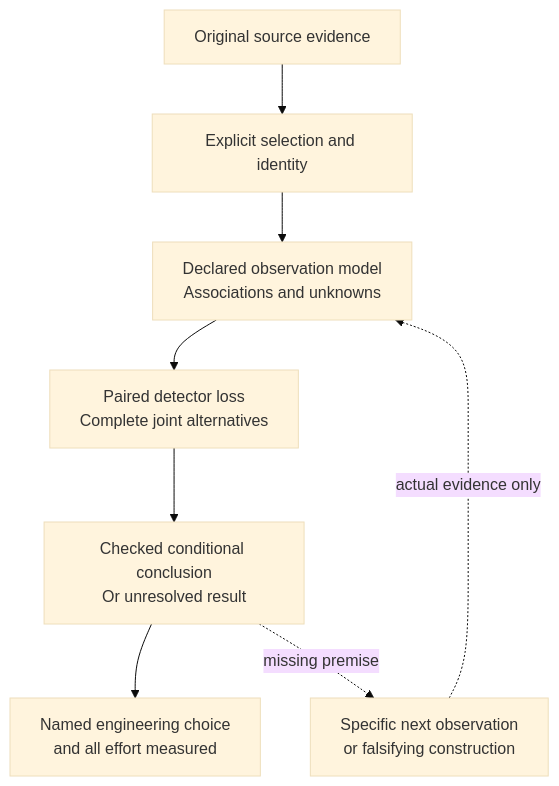
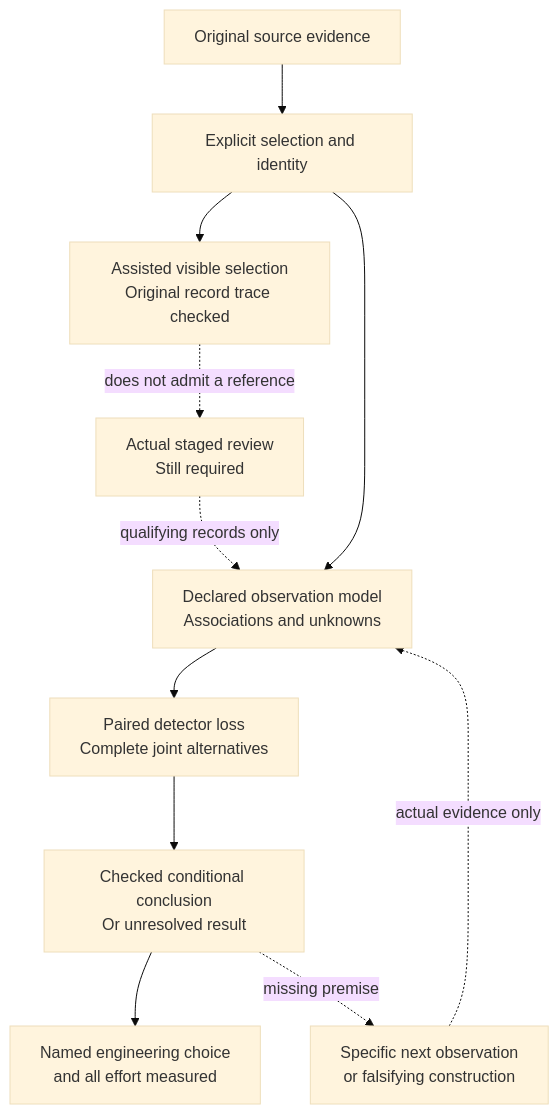
The first of 2 diagrams in docs/ENGINE_ROADMAP_2026-09-13.md (manfromnowhere143/reiyah), drawn with Mermaid (base theme) before and after one commit. The commit also changed other lines of this file and 5 other files, not shown here.

Commit message:
Record assisted inspection and revise the save procedure

````diff
--- a/docs/ENGINE_ROADMAP_2026-09-13.md
+++ b/docs/ENGINE_ROADMAP_2026-09-13.md
@@ -29,10 +29,13 @@
 ```mermaid
 flowchart TB
   O["Original source evidence"] --> I["Explicit selection and identity"]
+  I --> S["Assisted visible selection<br/>Original record trace checked"]
+  S -. "does not admit a reference" .-> H["Actual staged review<br/>Still required"]
+  H -. "qualifying records only" .-> M
   I --> M["Declared observation model<br/>Associations and unknowns"]
   M --> D["Paired detector loss<br/>Complete joint alternatives"]
   D --> C["Checked conditional conclusion<br/>Or unresolved result"]
   C --> U["Named engineering choice<br/>and all effort measured"]
   C -. "missing premise" .-> Q["Specific next observation<br/>or falsifying construction"]
   Q -. "actual evidence only" .-> M
 ```
````
